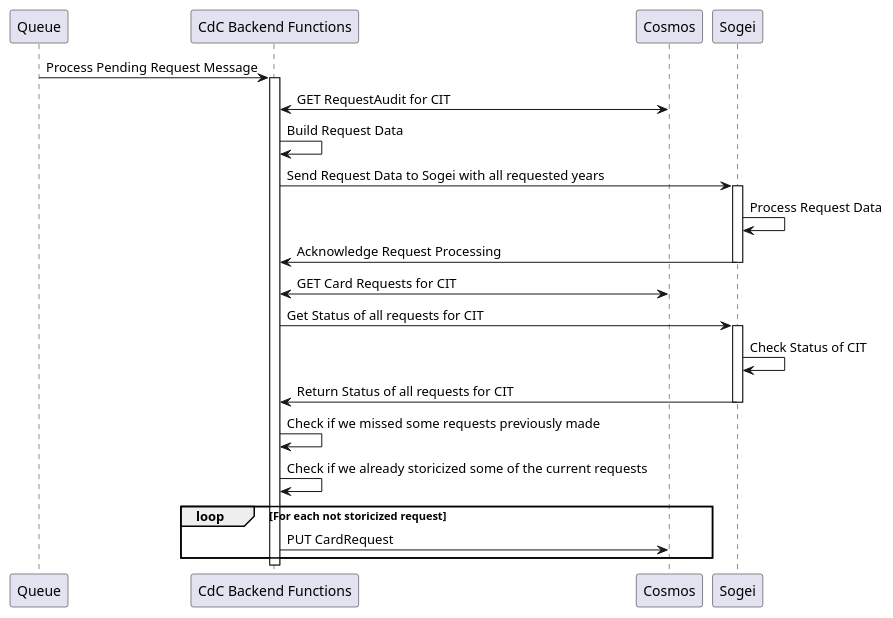
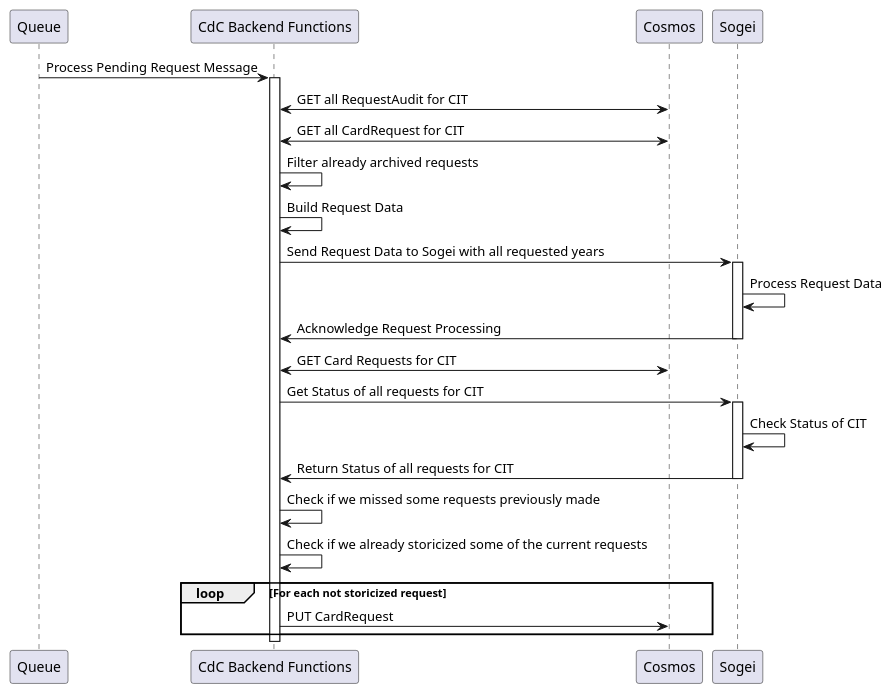
Before and after one commit to pagopa/io-cdc: the diagram in docs/backend-func/process-pending-request.puml, drawn with PlantUML. The commit also changed 6 other files, not shown here.

Commit message:
[#IOBP-1939] Added logic to not send cdc api request if already saved (#39)

```diff
--- a/docs/backend-func/process-pending-request.puml
+++ b/docs/backend-func/process-pending-request.puml
@@ -1,29 +1,31 @@
 @startuml Sequence ProcessPendingRequest
 participant "Queue" as queue
 participant "CdC Backend Functions" as be
 participant "Cosmos" as cosmos
 participant "Sogei" as sogei
 
 queue -> be: Process Pending Request Message
 activate be
-be <-> cosmos: GET RequestAudit for CIT
+be <-> cosmos: GET all RequestAudit for CIT
+be <-> cosmos: GET all CardRequest for CIT
+be -> be: Filter already archived requests
 be -> be: Build Request Data
 be -> sogei: Send Request Data to Sogei with all requested years
 activate sogei
 sogei -> sogei: Process Request Data
 sogei -> be: Acknowledge Request Processing
 deactivate sogei
 be <-> cosmos: GET Card Requests for CIT
 be -> sogei: Get Status of all requests for CIT
 activate sogei
 sogei -> sogei: Check Status of CIT
 sogei -> be: Return Status of all requests for CIT
 deactivate sogei
 be -> be: Check if we missed some requests previously made
 be -> be: Check if we already storicized some of the current requests
 loop For each not storicized request
     be -> cosmos: PUT CardRequest
 end
 deactivate be
 
 @enduml
```
